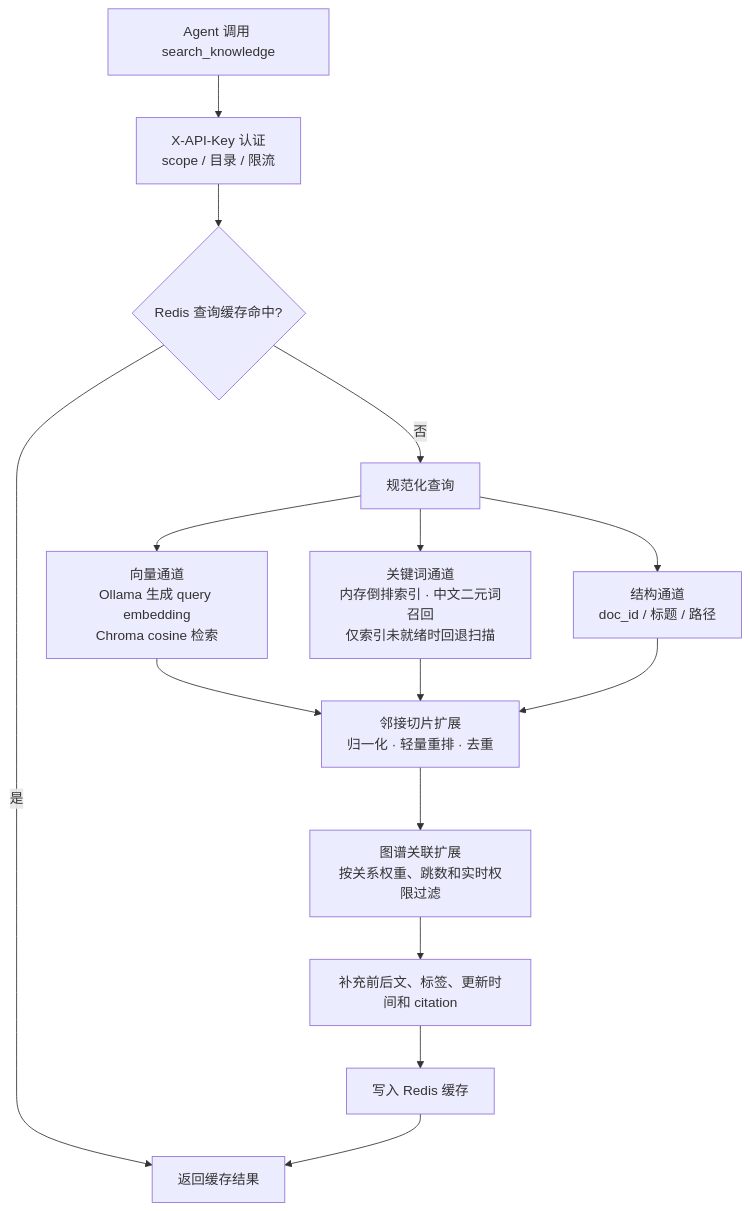
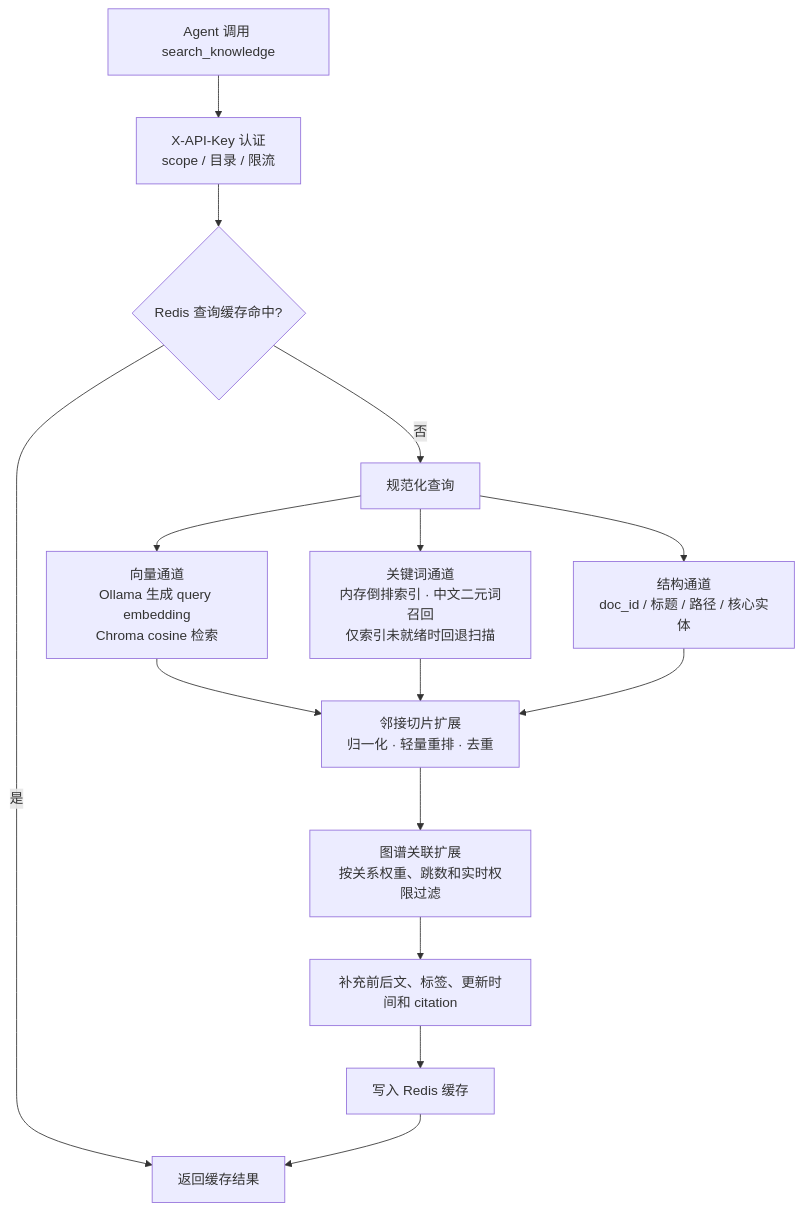
The second of 2 diagrams in README.md (KingDevatil/knowledge-base-management), drawn with Mermaid before and after one commit. The commit also changed other lines of this file and 22 other files, not shown here.

Commit message:
feat: 支持中英文文档头部实体图谱

````diff
--- a/README.md
+++ b/README.md
@@ -61,16 +61,16 @@
 ```mermaid
 flowchart TD
     Q["Agent 调用 search_knowledge"] --> A["X-API-Key 认证<br/>scope / 目录 / 限流"]
     A --> C{"Redis 查询缓存命中?"}
     C -- 是 --> R["返回缓存结果"]
     C -- 否 --> N["规范化查询"]
     N --> V["向量通道<br/>Ollama 生成 query embedding<br/>Chroma cosine 检索"]
     N --> K["关键词通道<br/>内存倒排索引 · 中文二元词召回<br/>仅索引未就绪时回退扫描"]
-    N --> S["结构通道<br/>doc_id / 标题 / 路径"]
+    N --> S["结构通道<br/>doc_id / 标题 / 路径 / 核心实体"]
     V --> P["邻接切片扩展<br/>归一化 · 轻量重排 · 去重"]
     K --> P
     S --> P
     P --> G["图谱关联扩展<br/>按关系权重、跳数和实时权限过滤"]
     G --> E["补充前后文、标签、更新时间和 citation"]
     E --> W["写入 Redis 缓存"] --> R
 ```
````
